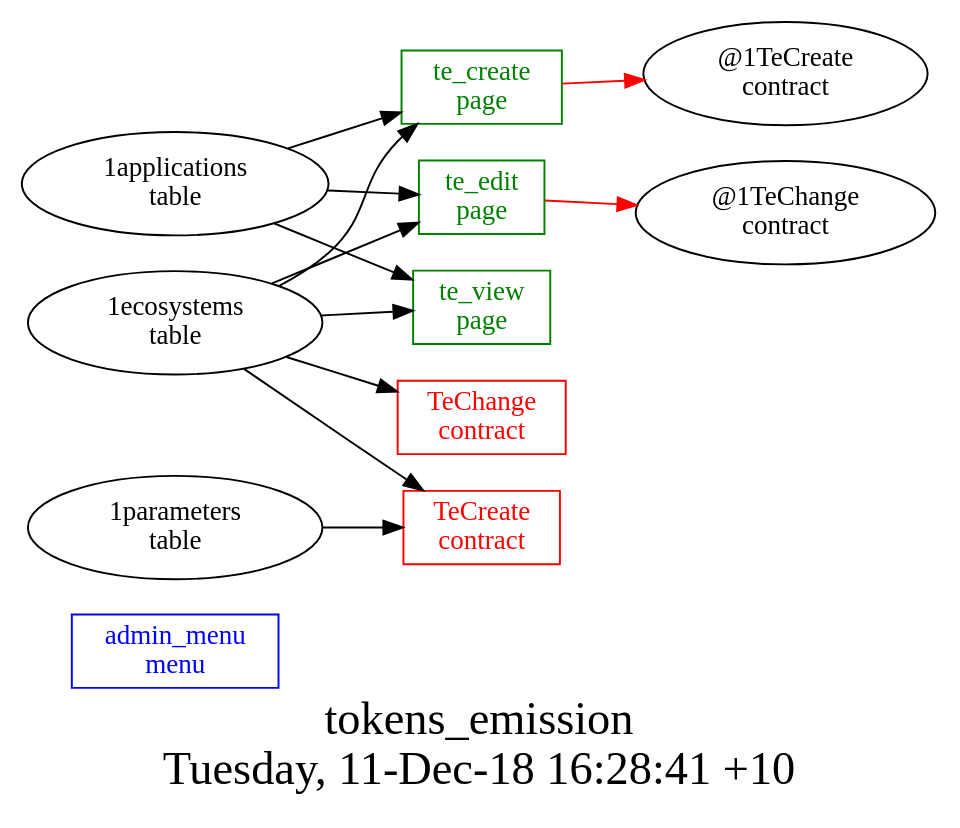
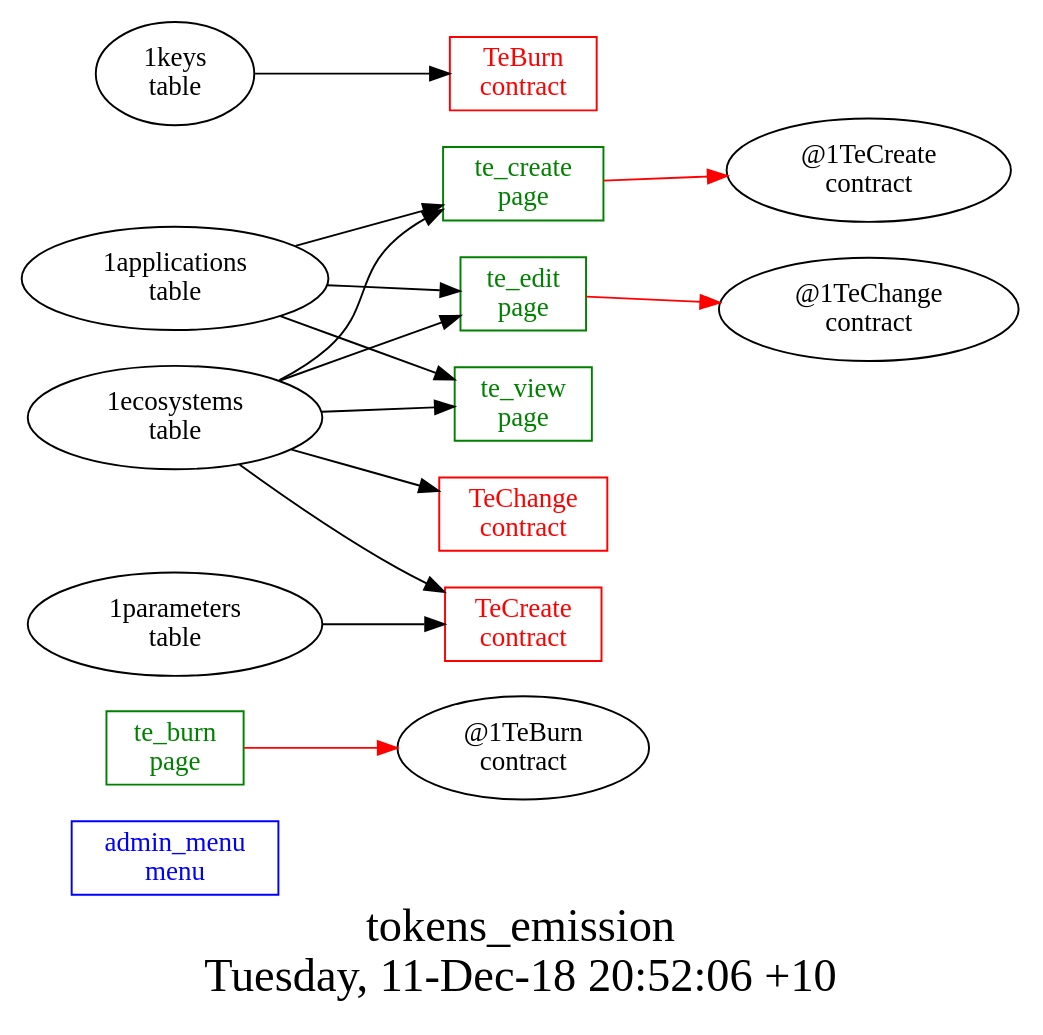
The diagram in other/tokens_emission/struct.dot (AplaProject/apps), drawn with Graphviz before and after one commit. The commit also changed 23 other files, not shown here.

Commit message:
Fixed tokens_emission step3

```diff
--- a/other/tokens_emission/struct.dot
+++ b/other/tokens_emission/struct.dot
@@ -1,25 +1,29 @@
 digraph G {
 fontsize="24";
-label="tokens_emission\nTuesday, 11-Dec-18 16:28:41 +10";
+label="tokens_emission\nTuesday, 11-Dec-18 20:52:06 +10";
 nojustify=true;
 ordering=out;
 rankdir=LR;
 size="30";
 "admin_menu\nmenu" [color=blue, fontcolor=blue, group=menus, shape=record];
+"te_burn\npage" -> "@1TeBurn\ncontract"  [ color=red ]
+"te_burn\npage" [color=green, fontcolor=green, group=pages, shape=record];
 "te_create\npage" -> "@1TeCreate\ncontract"  [ color=red ]
 "1applications\ntable" -> "te_create\npage"
 "1ecosystems\ntable" -> "te_create\npage"
 "te_create\npage" [color=green, fontcolor=green, group=pages, shape=record];
 "te_edit\npage" -> "@1TeChange\ncontract"  [ color=red ]
 "1applications\ntable" -> "te_edit\npage"
 "1ecosystems\ntable" -> "te_edit\npage"
 "te_edit\npage" [color=green, fontcolor=green, group=pages, shape=record];
 "1applications\ntable" -> "te_view\npage"
 "1ecosystems\ntable" -> "te_view\npage"
 "te_view\npage" [color=green, fontcolor=green, group=pages, shape=record];
+"1keys\ntable" -> "TeBurn\ncontract"
+"TeBurn\ncontract" [color=red, fontcolor=red, group=contracts, shape=record];
 "1ecosystems\ntable" -> "TeChange\ncontract"
 "TeChange\ncontract" [color=red, fontcolor=red, group=contracts, shape=record];
 "1parameters\ntable" -> "TeCreate\ncontract"
 "1ecosystems\ntable" -> "TeCreate\ncontract"
 "TeCreate\ncontract" [color=red, fontcolor=red, group=contracts, shape=record];
 }
```
